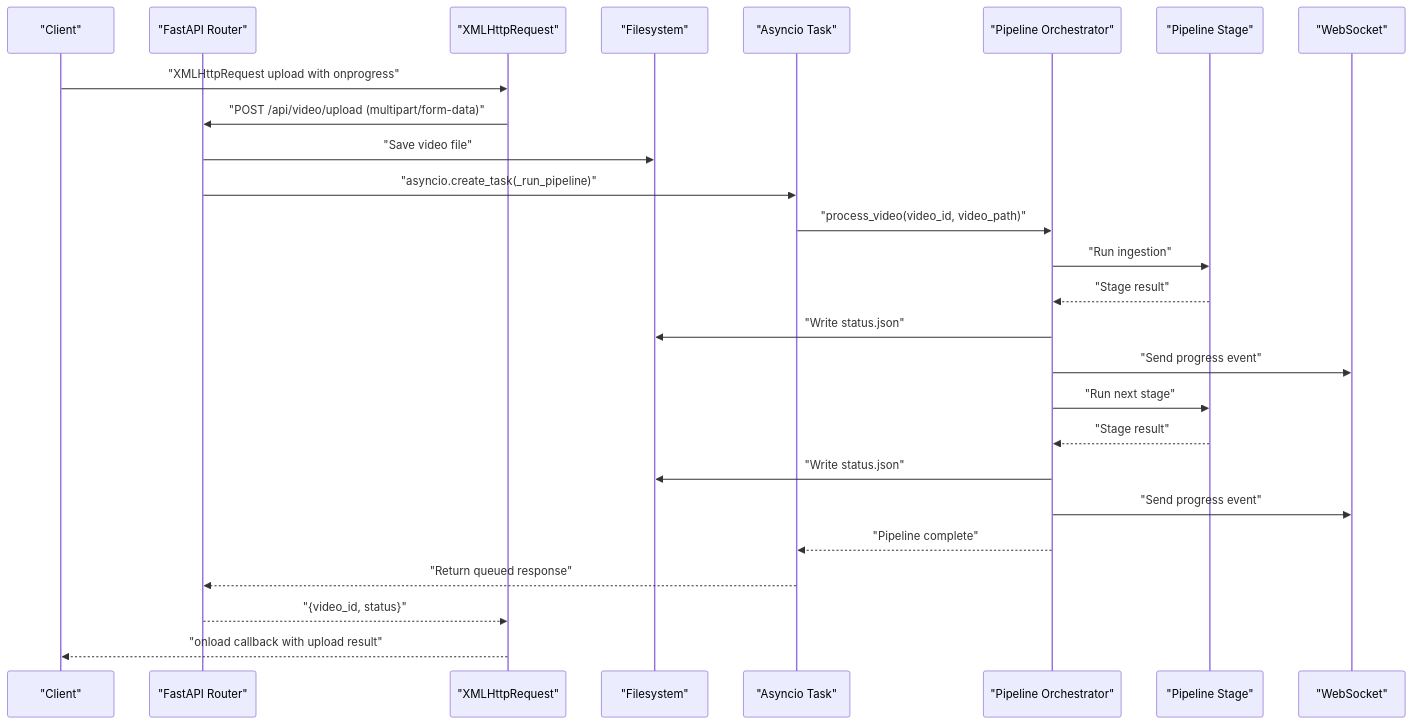
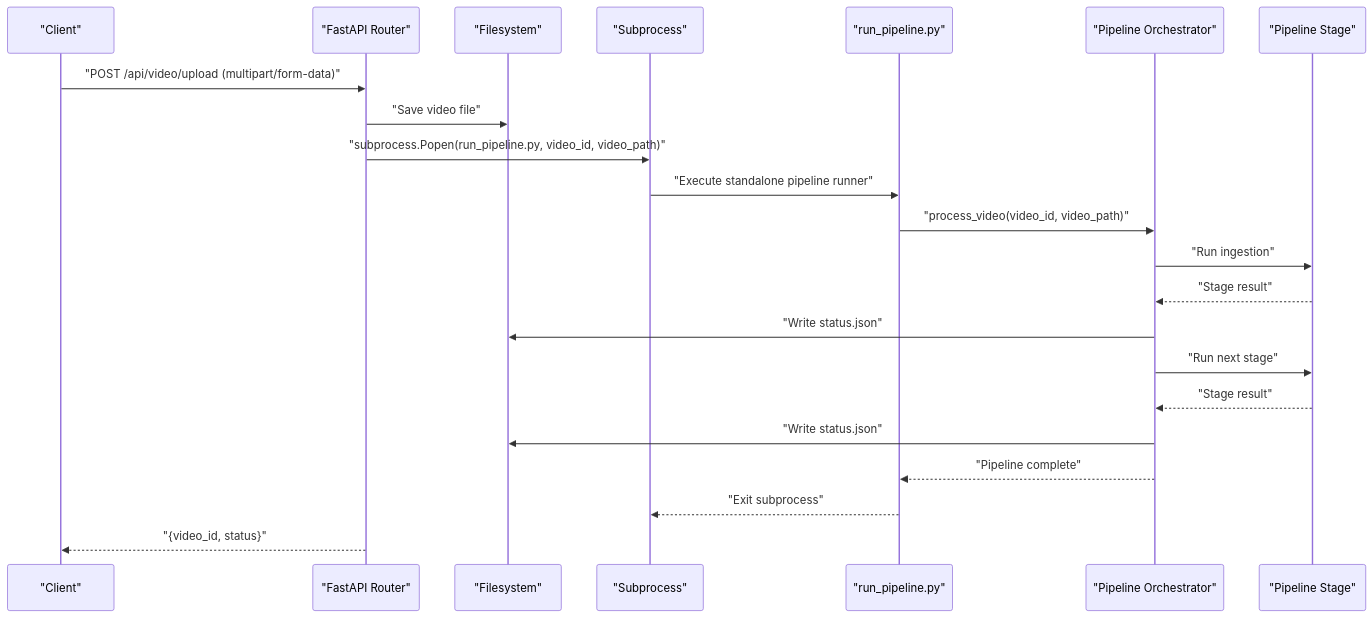
One commit to alexandreybasta-cyber/dubai-media-ai changed the second of 3 diagrams in .qoder/repowiki/en/content/Backend API Reference/Video Processing Endpoints.md. Above: the diagram before and after it, drawn with Mermaid. The commit also changed other lines of this file and 28 other files, not shown here.

````diff
--- a/.qoder/repowiki/en/content/Backend API Reference/Video Processing Endpoints.md
+++ b/.qoder/repowiki/en/content/Backend API Reference/Video Processing Endpoints.md
@@ -129,28 +136,24 @@
 ```mermaid
 sequenceDiagram
 participant Client as "Client"
 participant API as "FastAPI Router"
-participant XHR as "XMLHttpRequest"
 participant FS as "Filesystem"
-participant Task as "Asyncio Task"
+participant Subproc as "Subprocess"
+participant Runner as "run_pipeline.py"
 participant Orchestrator as "Pipeline Orchestrator"
 participant Stage as "Pipeline Stage"
-participant WS as "WebSocket"
-Client->>XHR : "XMLHttpRequest upload with onprogress"
-XHR->>API : "POST /api/video/upload (multipart/form-data)"
+Client->>API : "POST /api/video/upload (multipart/form-data)"
 API->>FS : "Save video file"
-API->>Task : "asyncio.create_task(_run_pipeline)"
-Task->>Orchestrator : "process_video(video_id, video_path)"
+API->>Subproc : "subprocess.Popen(run_pipeline.py, video_id, video_path)"
+Subproc->>Runner : "Execute standalone pipeline runner"
+Runner->>Orchestrator : "process_video(video_id, video_path)"
 Orchestrator->>Stage : "Run ingestion"
 Stage-->>Orchestrator : "Stage result"
 Orchestrator->>FS : "Write status.json"
-Orchestrator->>WS : "Send progress event"
 Orchestrator->>Stage : "Run next stage"
 Stage-->>Orchestrator : "Stage result"
 Orchestrator->>FS : "Write status.json"
-Orchestrator->>WS : "Send progress event"
-Orchestrator-->>Task : "Pipeline complete"
-Task-->>API : "Return queued response"
-API-->>XHR : "{video_id, status}"
-XHR-->>Client : "onload callback with upload result"
+Orchestrator-->>Runner : "Pipeline complete"
+Runner-->>Subproc : "Exit subprocess"
+API-->>Client : "{video_id, status}"
 ```
````
